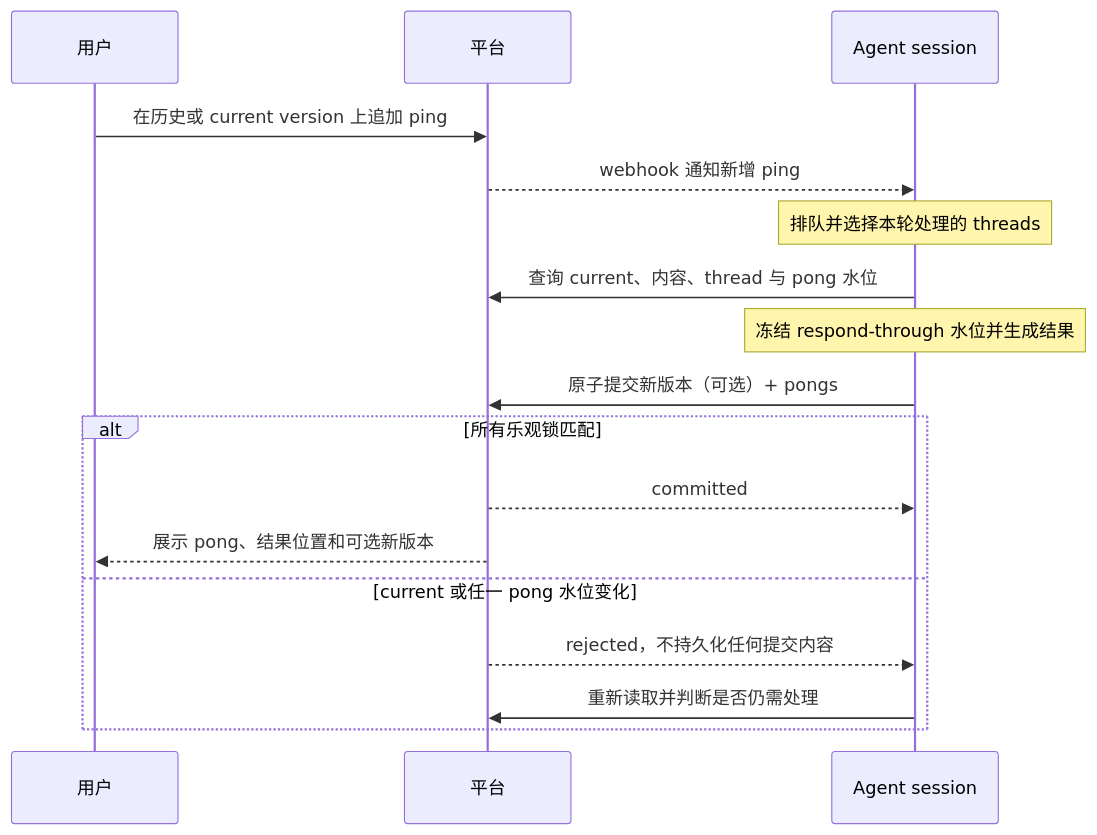
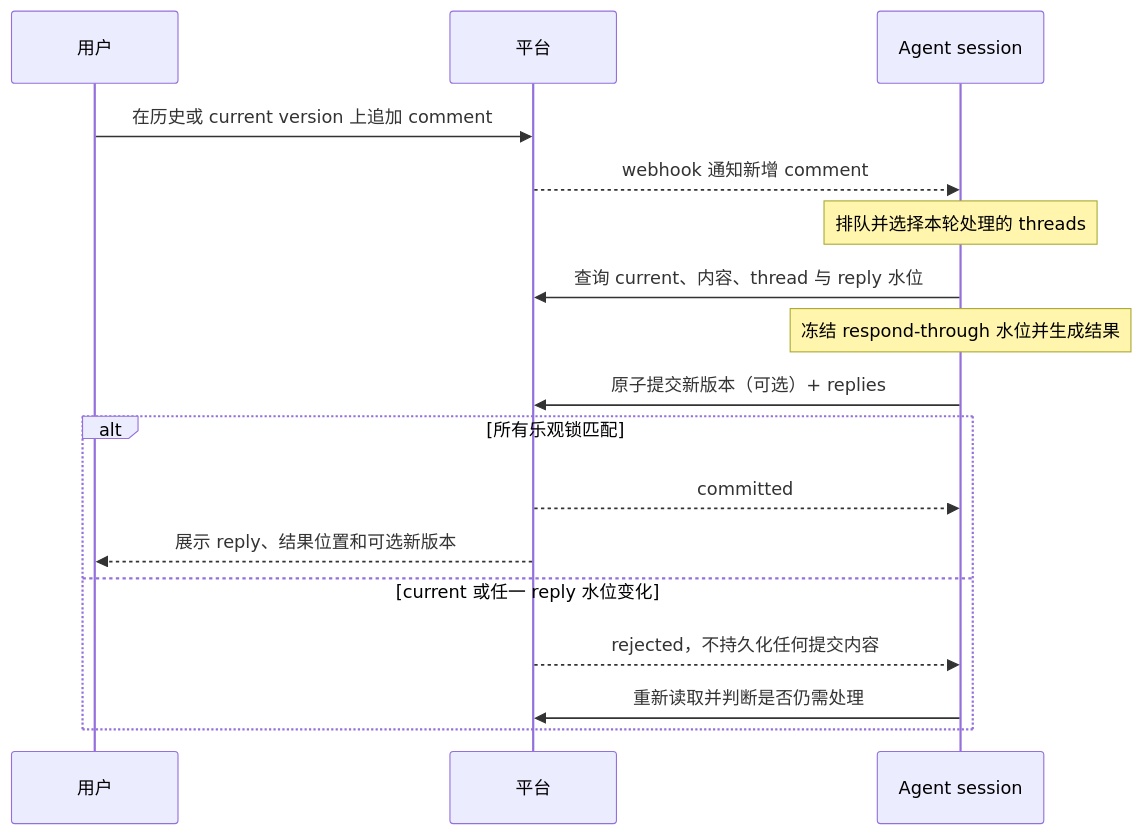
One commit to shazhou-ww/unidocs changed the diagram in docs/design/platform-v0/agent-mediated-document-collaboration.md. Above: the diagram before and after it, drawn with Mermaid. The commit also changed other lines of this file and 21 other files, not shown here.

````diff
--- a/docs/design/platform-v0/agent-mediated-document-collaboration.md
+++ b/docs/design/platform-v0/agent-mediated-document-collaboration.md
@@ -391,20 +391,20 @@
 ```mermaid
 sequenceDiagram
   participant U as 用户
   participant P as 平台
   participant A as Agent session
 
-  U->>P: 在历史或 current version 上追加 ping
-  P-->>A: webhook 通知新增 ping
+  U->>P: 在历史或 current version 上追加 comment
+  P-->>A: webhook 通知新增 comment
   Note over A: 排队并选择本轮处理的 threads
-  A->>P: 查询 current、内容、thread 与 pong 水位
+  A->>P: 查询 current、内容、thread 与 reply 水位
   Note over A: 冻结 respond-through 水位并生成结果
-  A->>P: 原子提交新版本（可选）+ pongs
+  A->>P: 原子提交新版本（可选）+ replies
   alt 所有乐观锁匹配
     P-->>A: committed
-    P-->>U: 展示 pong、结果位置和可选新版本
-  else current 或任一 pong 水位变化
+    P-->>U: 展示 reply、结果位置和可选新版本
+  else current 或任一 reply 水位变化
     P-->>A: rejected，不持久化任何提交内容
     A->>P: 重新读取并判断是否仍需处理
   end
 ```
````
